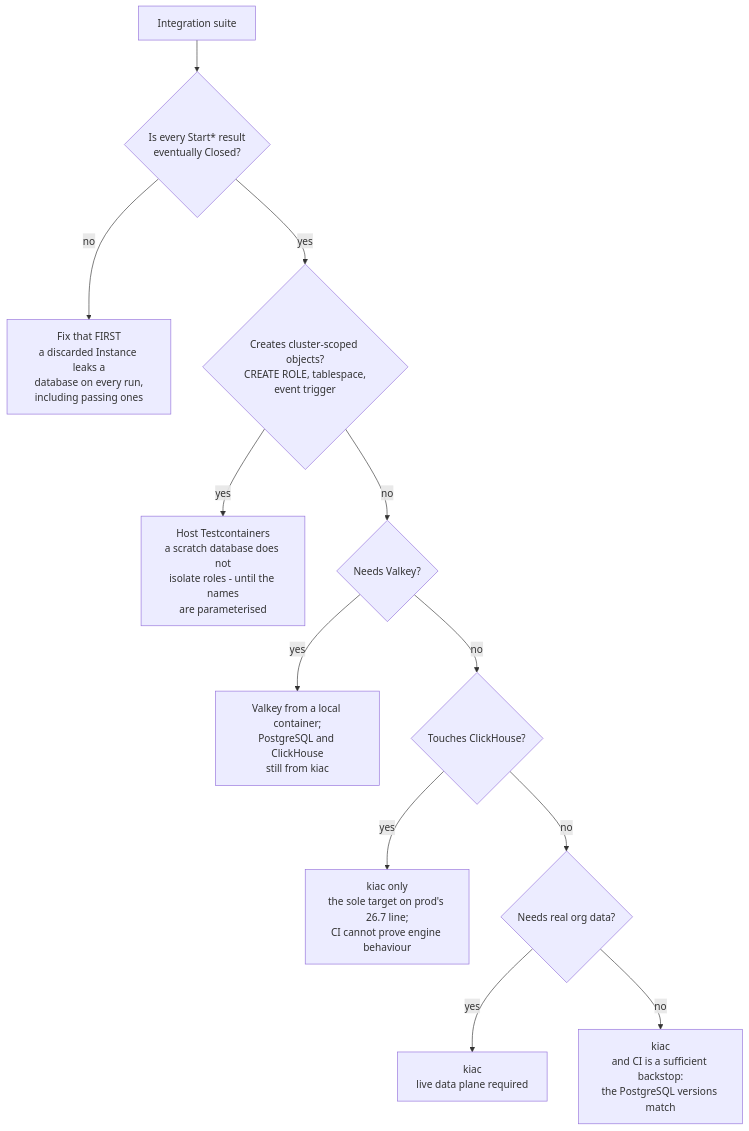
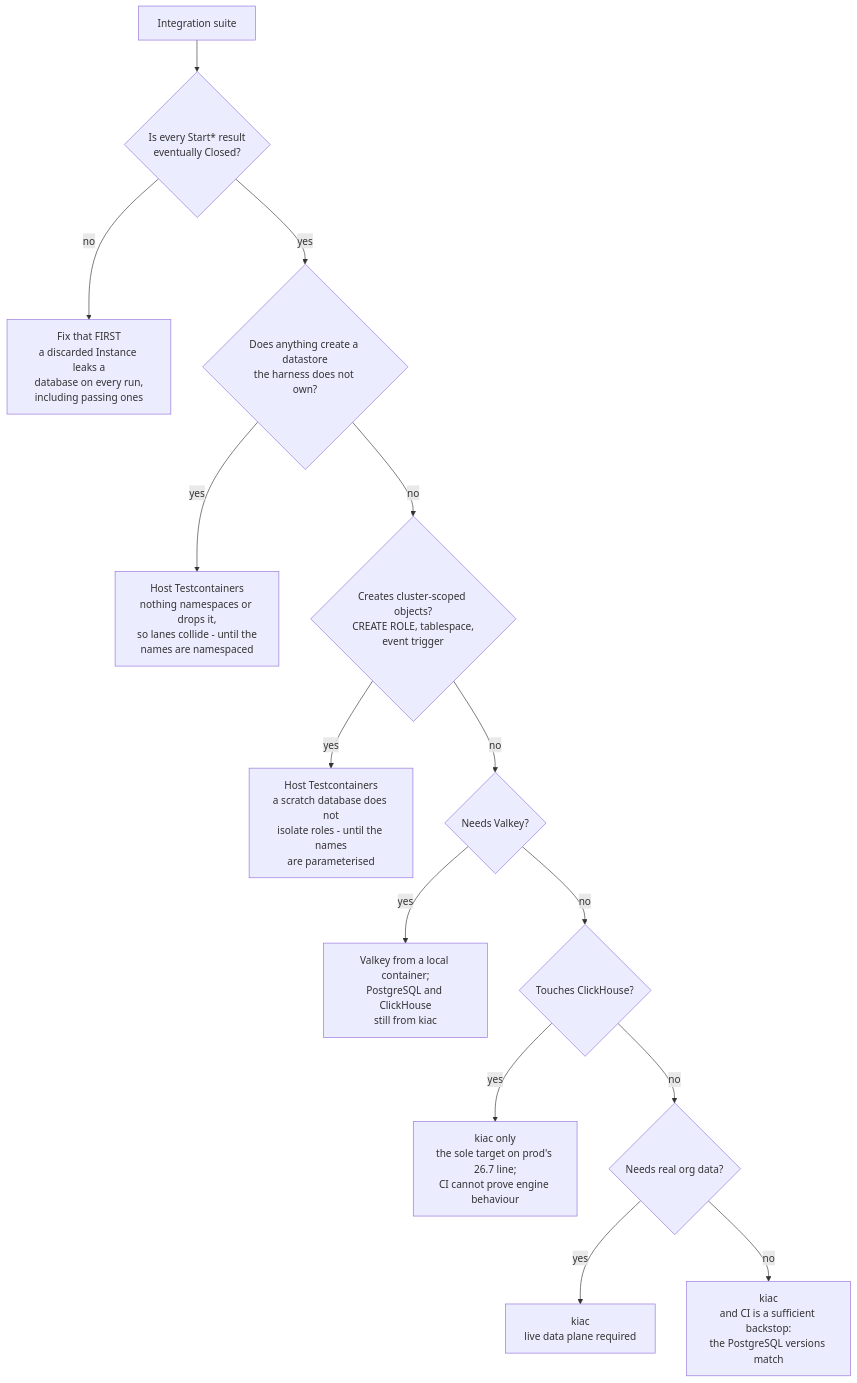
One commit to full-chaos/dev-health-ops changed the diagram in docs/contribute/development/integration-suite-targets.md. Above: the diagram before and after it, drawn with Mermaid. The commit also changed other lines of this file, not shown here.

First line of the commit message:
Route compute-parity to host: it creates databases the harness does not own

````diff
--- a/docs/contribute/development/integration-suite-targets.md
+++ b/docs/contribute/development/integration-suite-targets.md
@@ -76,14 +76,16 @@
 ```mermaid
 flowchart TD
     A[Integration suite] --> P{Is every Start* result<br/>eventually Closed?}
     P -- no --> PF[Fix that FIRST<br/>a discarded Instance leaks a<br/>database on every run,<br/>including passing ones]
-    P -- yes --> B{Creates cluster-scoped objects?<br/>CREATE ROLE, tablespace,<br/>event trigger}
+    P -- yes --> O{Does anything create a datastore<br/>the harness does not own?}
+    O -- yes --> OF[Host Testcontainers<br/>nothing namespaces or drops it,<br/>so lanes collide - until the<br/>names are namespaced]
+    O -- no --> B{Creates cluster-scoped objects?<br/>CREATE ROLE, tablespace,<br/>event trigger}
     B -- yes --> C[Host Testcontainers<br/>a scratch database does not<br/>isolate roles - until the names<br/>are parameterised]
     B -- no --> D{Needs Valkey?}
     D -- yes --> E[Valkey from a local container;<br/>PostgreSQL and ClickHouse<br/>still from kiac]
     D -- no --> F{Touches ClickHouse?}
     F -- yes --> G[kiac only<br/>the sole target on prod's 26.7 line;<br/>CI cannot prove engine behaviour]
     F -- no --> H{Needs real org data?}
     H -- yes --> I[kiac<br/>live data plane required]
     H -- no --> J[kiac<br/>and CI is a sufficient backstop:<br/>the PostgreSQL versions match]
 ```
````
